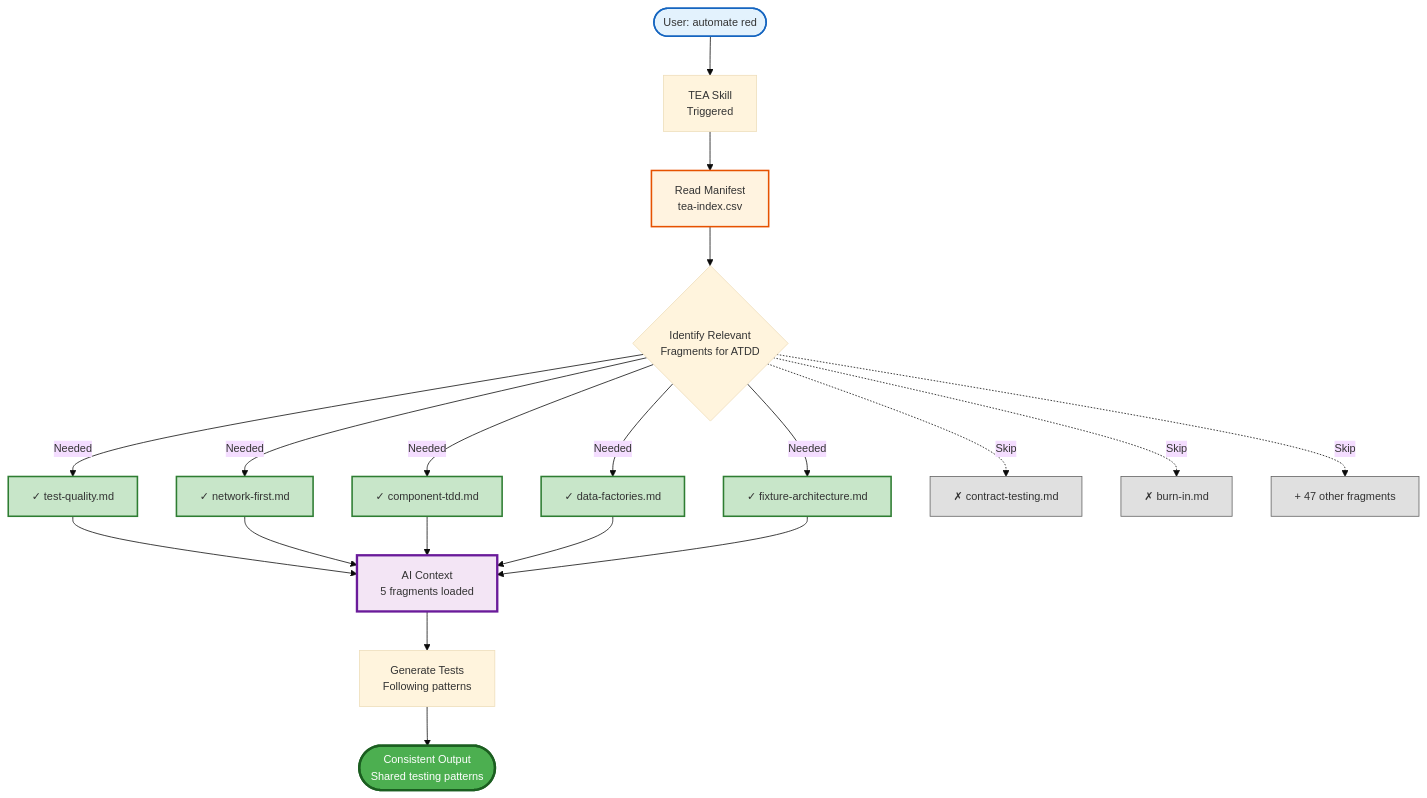
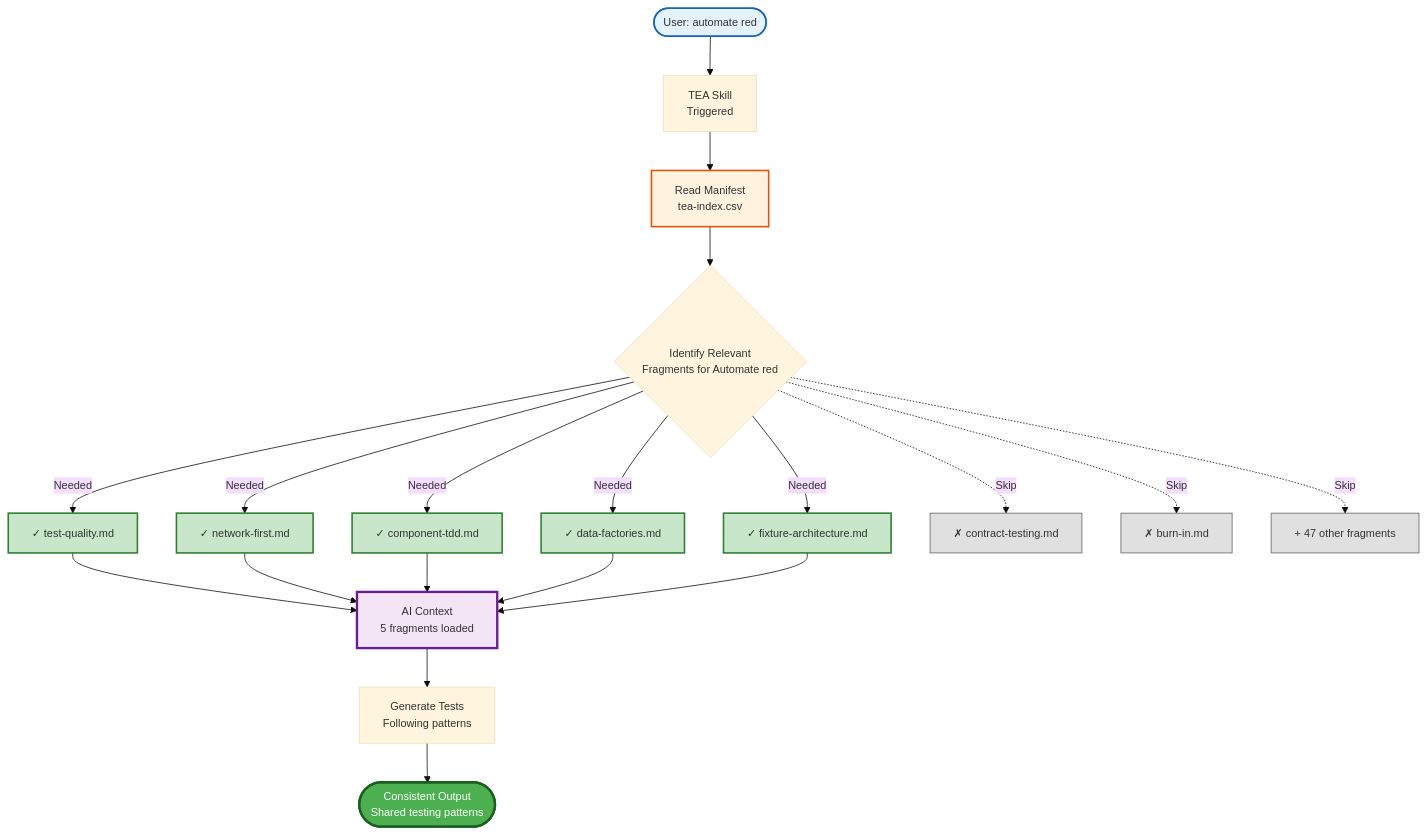
One commit to bmad-code-org/bmad-method-test-architecture-enterprise changed the diagram in docs/explanation/knowledge-base-system.md. Above: the diagram before and after it, drawn with Mermaid. The commit also changed other lines of this file and 23 other files, not shown here.

````diff
--- a/docs/explanation/knowledge-base-system.md
+++ b/docs/explanation/knowledge-base-system.md
@@ -37,40 +38,40 @@
 ```mermaid
 %%{init: {'theme':'base', 'themeVariables': { 'fontSize':'14px'}}}%%
 flowchart TD
     User([User: automate red]) --> Workflow[TEA Skill<br/>Triggered]
     Workflow --> Read[Read Manifest<br/>tea-index.csv]
 
-    Read --> Identify{Identify Relevant<br/>Fragments for ATDD}
+    Read --> Identify{Identify Relevant<br/>Fragments for Automate red}
 
     Identify -->|Needed| L1[✓ test-quality.md]
     Identify -->|Needed| L2[✓ network-first.md]
     Identify -->|Needed| L3[✓ component-tdd.md]
     Identify -->|Needed| L4[✓ data-factories.md]
     Identify -->|Needed| L5[✓ fixture-architecture.md]
 
     Identify -.->|Skip| S1[✗ contract-testing.md]
     Identify -.->|Skip| S2[✗ burn-in.md]
     Identify -.->|Skip| S3[+ 47 other fragments]
 
     L1 --> Context[AI Context<br/>5 fragments loaded]
     L2 --> Context
     L3 --> Context
     L4 --> Context
     L5 --> Context
 
     Context --> Gen[Generate Tests<br/>Following patterns]
     Gen --> Out([Consistent Output<br/>Shared testing patterns])
 
     style User fill:#e3f2fd,stroke:#1565c0,stroke-width:2px
     style Read fill:#fff3e0,stroke:#e65100,stroke-width:2px
     style L1 fill:#c8e6c9,stroke:#2e7d32,stroke-width:2px
     style L2 fill:#c8e6c9,stroke:#2e7d32,stroke-width:2px
     style L3 fill:#c8e6c9,stroke:#2e7d32,stroke-width:2px
     style L4 fill:#c8e6c9,stroke:#2e7d32,stroke-width:2px
     style L5 fill:#c8e6c9,stroke:#2e7d32,stroke-width:2px
     style S1 fill:#e0e0e0,stroke:#616161,stroke-width:1px
     style S2 fill:#e0e0e0,stroke:#616161,stroke-width:1px
     style S3 fill:#e0e0e0,stroke:#616161,stroke-width:1px
     style Context fill:#f3e5f5,stroke:#6a1b9a,stroke-width:3px
     style Out fill:#4caf50,stroke:#1b5e20,stroke-width:3px,color:#fff
 ```
````
